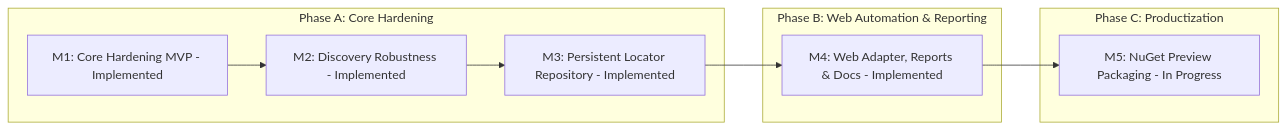
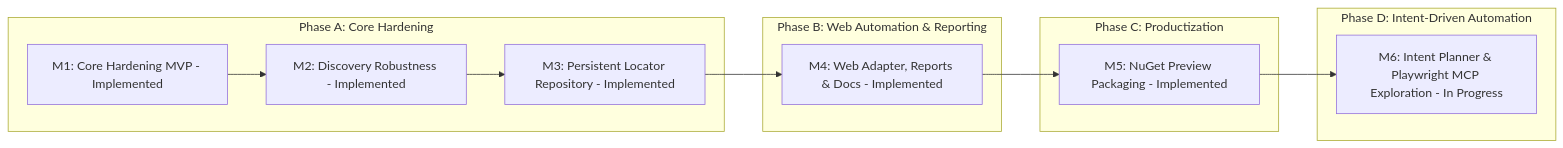
Before and after one commit to mustafasercansak/automation-sandbox: the third of 3 diagrams in README.md, drawn with Mermaid. The commit also changed other lines of this file and 47 other files, not shown here.

Commit message:
feat: introduce intent-driven automation (M6)

````diff
--- a/README.md
+++ b/README.md
@@ -413,16 +464,19 @@
 ```mermaid
 graph LR
     subgraph PhaseA [Phase A: Core Hardening]
         M1[M1: Core Hardening MVP - Implemented]
         M2[M2: Discovery Robustness - Implemented]
         M3[M3: Persistent Locator Repository - Implemented]
         M1 --> M2 --> M3
     end
     subgraph PhaseB [Phase B: Web Automation & Reporting]
         M4[M4: Web Adapter, Reports & Docs - Implemented]
     end
     subgraph PhaseC [Phase C: Productization]
-        M5[M5: NuGet Preview Packaging - In Progress]
+        M5[M5: NuGet Preview Packaging - Implemented]
     end
-    M3 --> M4 --> M5
+    subgraph PhaseD [Phase D: Intent-Driven Automation]
+        M6[M6: Intent Planner & Playwright MCP Exploration - In Progress]
+    end
+    M3 --> M4 --> M5 --> M6
 ```
````
